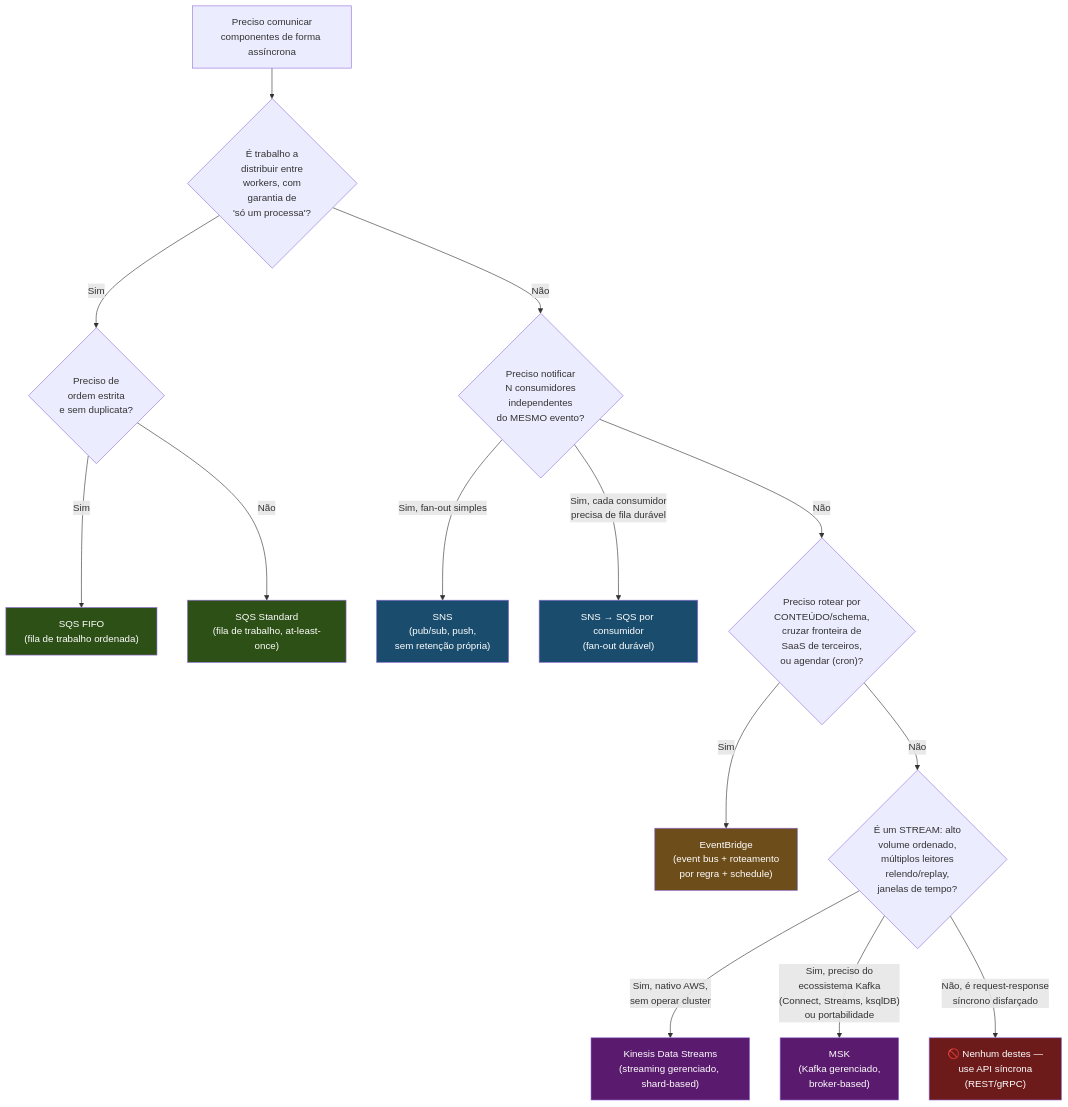
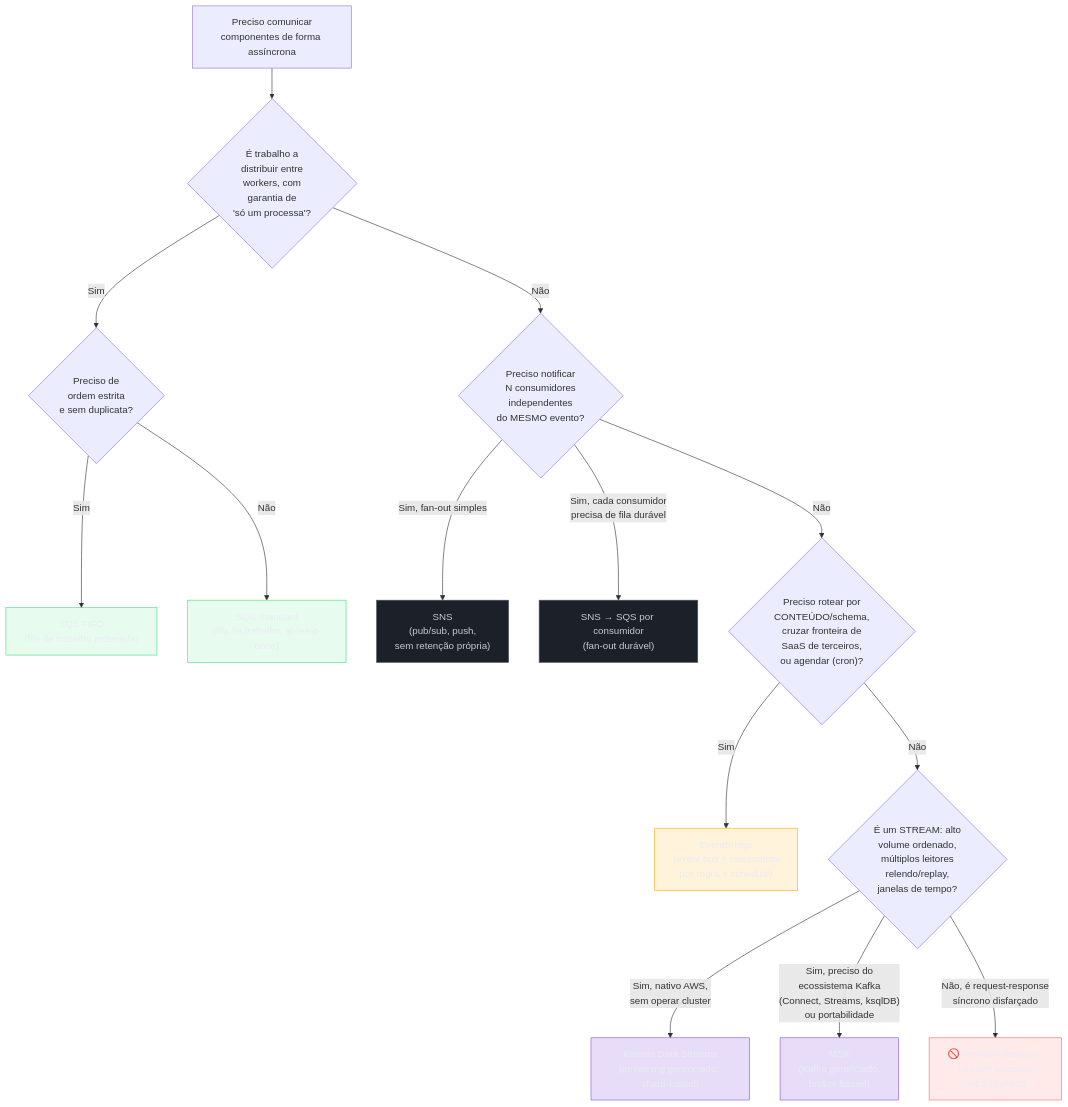
The first of 2 diagrams in 03-Dominios/Tecnologia/Cloud/13 - Mensageria e eventos gerenciados/06 - Escolher o serviço de mensageria (capstone).md (josenaldo/codex-technomanticus), drawn with Mermaid before and after one commit. The commit also changed 1181 other files, not shown here.

First line of the commit message:
fix(diagramas): paleta do sistema no lugar de cor cravada no markdown

````diff
--- a/03-Dominios/Tecnologia/Cloud/13 - Mensageria e eventos gerenciados/06 - Escolher o serviço de mensageria (capstone).md
+++ b/03-Dominios/Tecnologia/Cloud/13 - Mensageria e eventos gerenciados/06 - Escolher o serviço de mensageria (capstone).md
@@ -28,33 +28,38 @@
 ```mermaid
 flowchart TD
+    classDef ok fill:#4ADE8021,stroke:#4ADE80,color:#E9ECF2
+    classDef neutro fill:#1B2029,stroke:#4E5666,color:#C6CCD8
+    classDef destaque fill:#FFAA0024,stroke:#FFAA00,color:#E9ECF2
+    classDef marca fill:#8855DF33,stroke:#8855DF,color:#E9ECF2
+    classDef falha fill:#FF6B6B24,stroke:#FF6B6B,color:#E9ECF2
     Start["Preciso comunicar<br/>componentes de forma assíncrona"] --> Q1{"É trabalho a<br/>distribuir entre<br/>workers, com<br/>garantia de<br/>'só um processa'?"}
 
     Q1 -->|Sim| Q1b{"Preciso de<br/>ordem estrita<br/>e sem duplicata?"}
     Q1b -->|Sim| SQSFIFO["SQS FIFO<br/>(fila de trabalho ordenada)"]
     Q1b -->|Não| SQSSTD["SQS Standard<br/>(fila de trabalho, at-least-once)"]
 
     Q1 -->|Não| Q2{"Preciso notificar<br/>N consumidores<br/>independentes<br/>do MESMO evento?"}
 
     Q2 -->|Sim, fan-out simples| SNS["SNS<br/>(pub/sub, push,<br/>sem retenção própria)"]
     Q2 -->|Sim, cada consumidor<br/>precisa de fila durável| SNSSQS["SNS → SQS por consumidor<br/>(fan-out durável)"]
 
     Q2 -->|Não| Q3{"Preciso rotear por<br/>CONTEÚDO/schema,<br/>cruzar fronteira de<br/>SaaS de terceiros,<br/>ou agendar (cron)?"}
 
     Q3 -->|Sim| EB["EventBridge<br/>(event bus + roteamento<br/>por regra + schedule)"]
 
     Q3 -->|Não| Q4{"É um STREAM: alto<br/>volume ordenado,<br/>múltiplos leitores<br/>relendo/replay,<br/>janelas de tempo?"}
 
     Q4 -->|Sim, nativo AWS,<br/>sem operar cluster| Kinesis["Kinesis Data Streams<br/>(streaming gerenciado, shard-based)"]
     Q4 -->|"Sim, preciso do<br/>ecossistema Kafka<br/>(Connect, Streams, ksqlDB)<br/>ou portabilidade"| MSK["MSK<br/>(Kafka gerenciado,<br/>broker-based)"]
 
     Q4 -->|Não, é request-response<br/>síncrono disfarçado| Anti["🚫 Nenhum destes —<br/>use API síncrona<br/>(REST/gRPC)"]
 
-    style SQSFIFO fill:#2d5016,color:#fff
-    style SQSSTD fill:#2d5016,color:#fff
-    style SNS fill:#1a4d6d,color:#fff
-    style SNSSQS fill:#1a4d6d,color:#fff
-    style EB fill:#6d4d1a,color:#fff
-    style Kinesis fill:#5a1a6d,color:#fff
-    style MSK fill:#5a1a6d,color:#fff
-    style Anti fill:#6d1a1a,color:#fff
+    class SQSFIFO ok
+    class SQSSTD ok
+    class SNS neutro
+    class SNSSQS neutro
+    class EB destaque
+    class Kinesis marca
+    class MSK marca
+    class Anti falha
 ```
````
